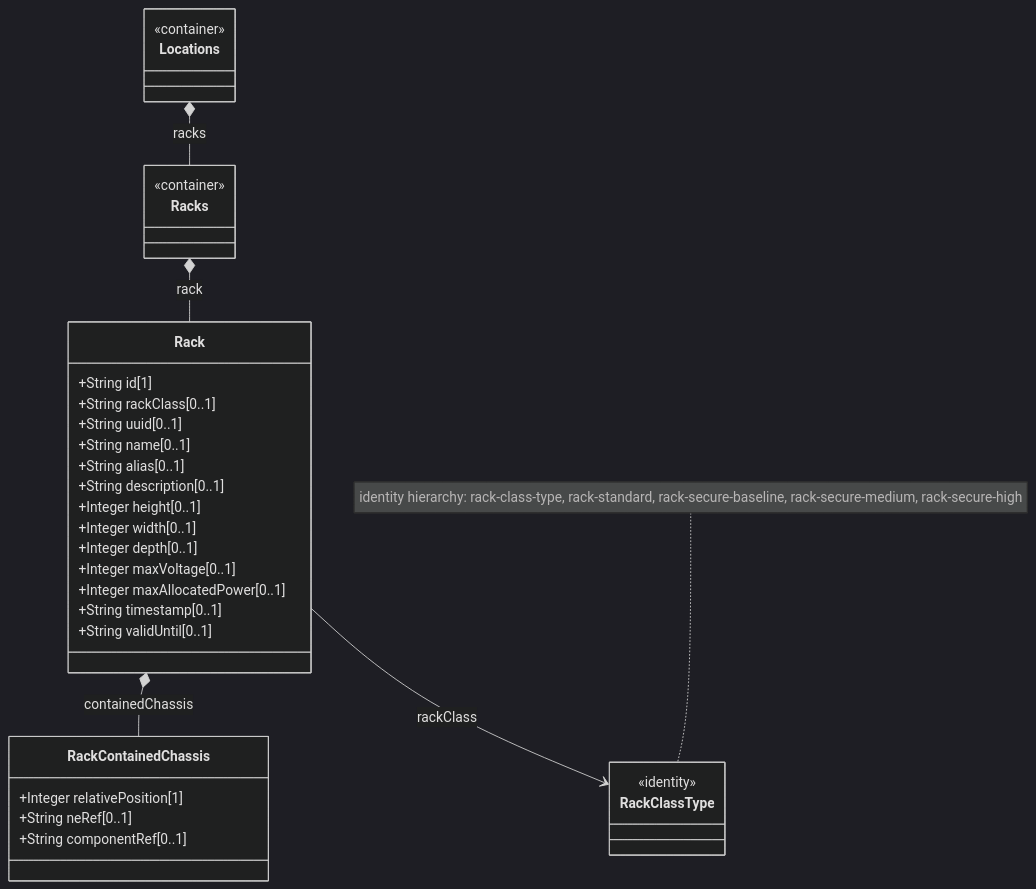
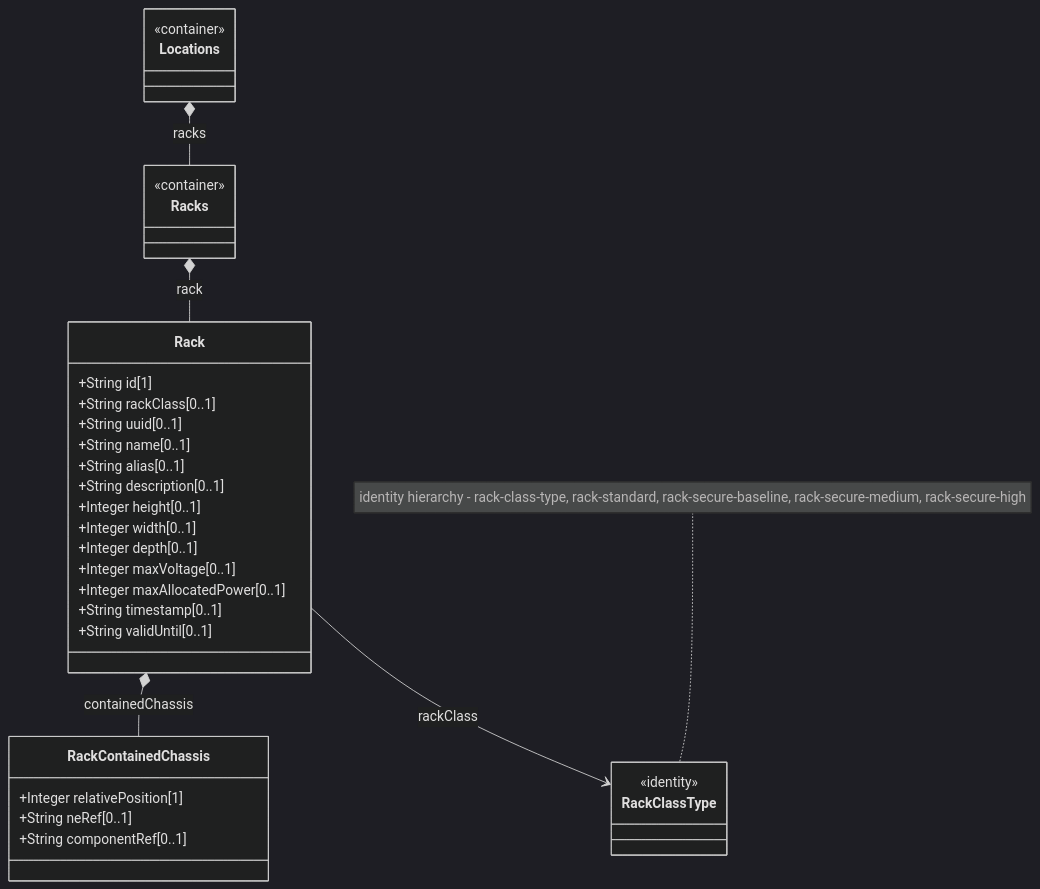
Before and after one commit to gintatkinson/3dgs-030: the diagram in docs/features/feat-04-rack-management.md, drawn with Mermaid (dark theme). The commit also changed 12 other files, not shown here.

Commit message:
fix: remove colons from Mermaid note strings and <<case>> from relationship edges across all features, epics, and use cases

````diff
--- a/docs/features/feat-04-rack-management.md
+++ b/docs/features/feat-04-rack-management.md
@@ -23,37 +23,37 @@
 ```mermaid
 classDiagram
     class Locations {
         <<container>>
     }
     class Racks {
         <<container>>
     }
     class Rack {
         +String id[1]
         +String rackClass[0..1]
         +String uuid[0..1]
         +String name[0..1]
         +String alias[0..1]
         +String description[0..1]
         +Integer height[0..1]
         +Integer width[0..1]
         +Integer depth[0..1]
         +Integer maxVoltage[0..1]
         +Integer maxAllocatedPower[0..1]
         +String timestamp[0..1]
         +String validUntil[0..1]
     }
     class RackContainedChassis {
         +Integer relativePosition[1]
         +String neRef[0..1]
         +String componentRef[0..1]
     }
     class RackClassType {
         <<identity>>
     }
     Locations *-- Racks : racks
     Racks *-- Rack : rack
     Rack *-- RackContainedChassis : containedChassis
     Rack --> RackClassType : rackClass
-    note for RackClassType "identity hierarchy: rack-class-type, rack-standard, rack-secure-baseline, rack-secure-medium, rack-secure-high"
+    note for RackClassType "identity hierarchy - rack-class-type, rack-standard, rack-secure-baseline, rack-secure-medium, rack-secure-high"
 ```
````
